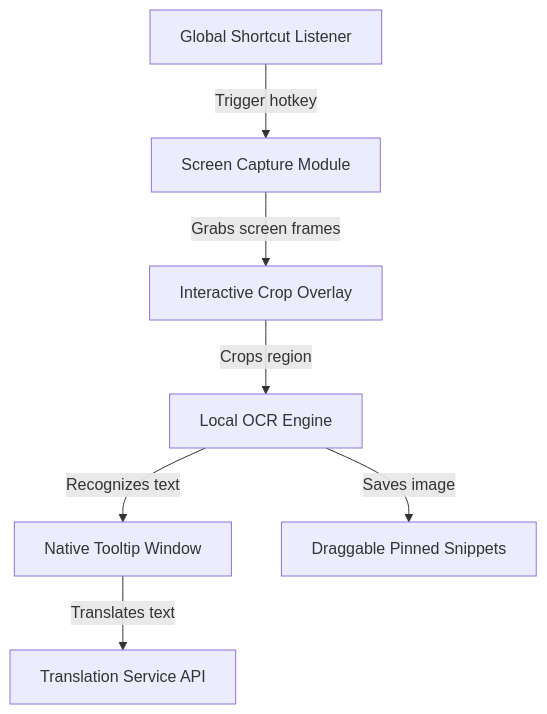
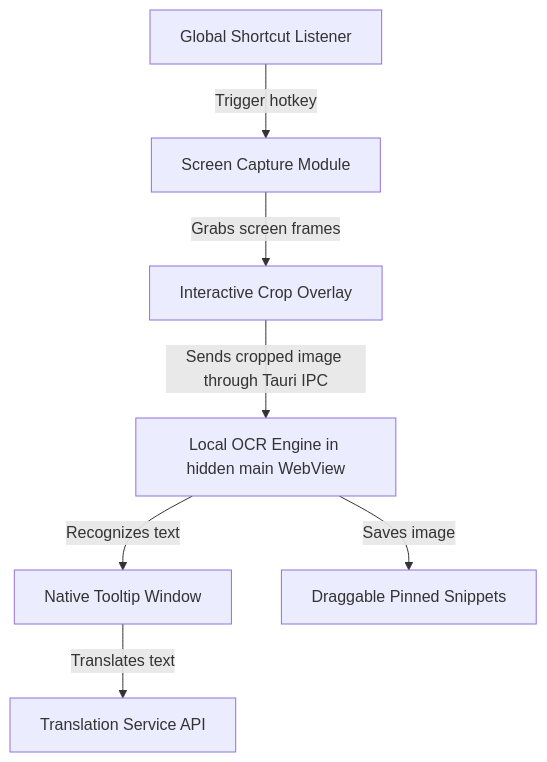
The diagram in CONTEXT.md (patdev495/translate-windows), drawn with Mermaid before and after one commit. The commit also changed other lines of this file and 121 other files, not shown here.

````diff
--- a/CONTEXT.md
+++ b/CONTEXT.md
@@ -9,9 +9,9 @@
 ```mermaid
 graph TD
     A[Global Shortcut Listener] -->|Trigger hotkey| B[Screen Capture Module]
     B -->|Grabs screen frames| C[Interactive Crop Overlay]
-    C -->|Crops region| D[Local OCR Engine]
+    C -->|Sends cropped image through Tauri IPC| D[Local OCR Engine in hidden main WebView]
     D -->|Recognizes text| E[Native Tooltip Window]
     D -->|Saves image| F[Draggable Pinned Snippets]
     E -->|Translates text| G[Translation Service API]
 ```
````
